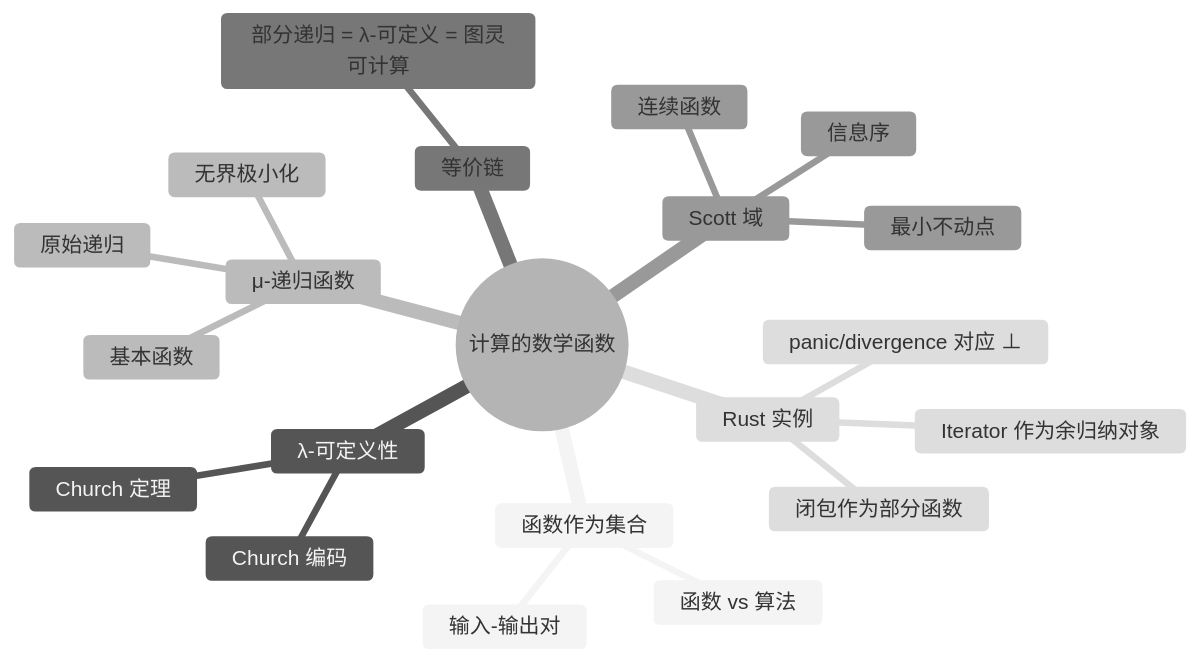
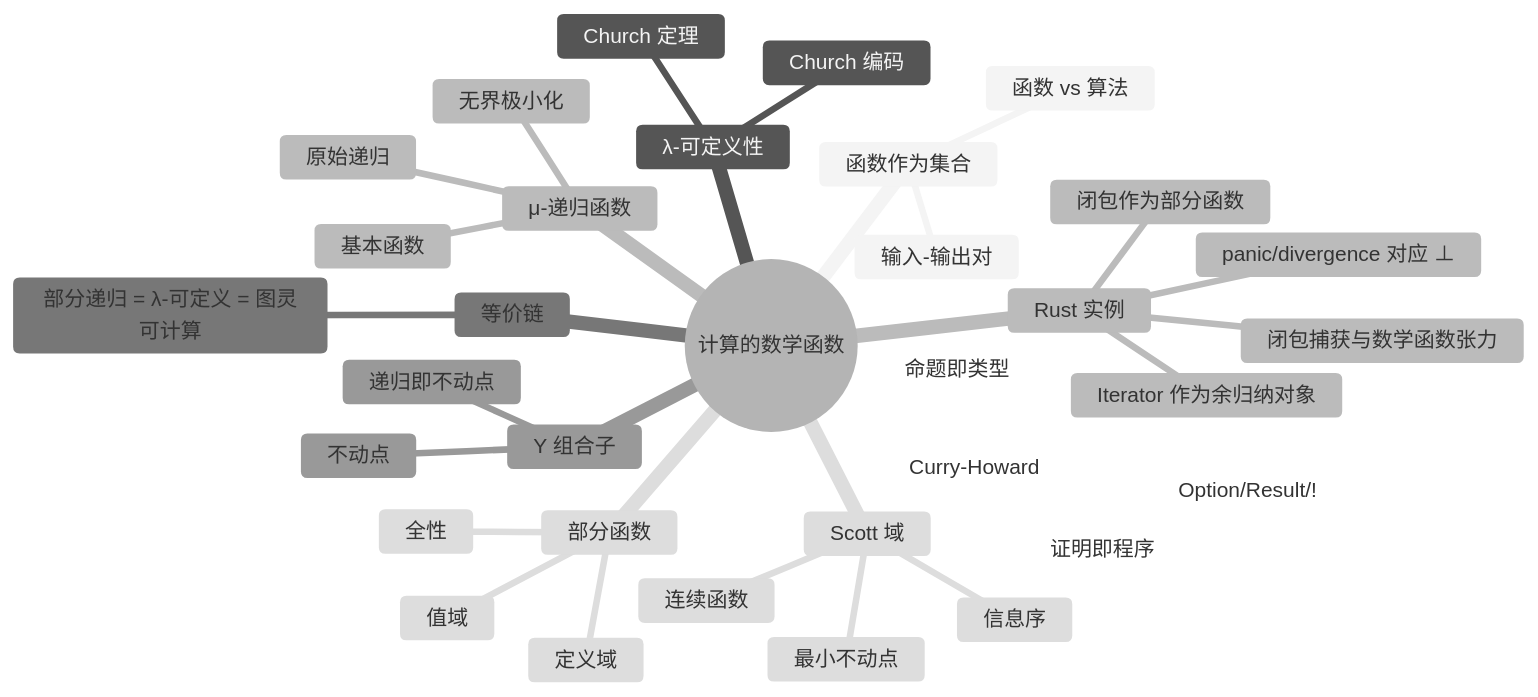
One commit to martin-ly/rust-lang changed the diagram in concept/04_formal/11_computational_models/04_mathematical_functions_of_computation.md. Above: the diagram before and after it, drawn with Mermaid (neutral theme). The commit also changed other lines of this file and 28 other files, not shown here.

````diff
--- a/concept/04_formal/11_computational_models/04_mathematical_functions_of_computation.md
+++ b/concept/04_formal/11_computational_models/04_mathematical_functions_of_computation.md
@@ -292,24 +479,36 @@
 ```mermaid
 mindmap
   root((计算的数学函数))
     函数作为集合
       输入-输出对
       函数 vs 算法
     λ-可定义性
       Church 定理
       Church 编码
     μ-递归函数
       基本函数
       原始递归
       无界极小化
     等价链
       部分递归 = λ-可定义 = 图灵可计算
+    Y 组合子
+      不动点
+      递归即不动点
+    部分函数
+      定义域
+      值域
+      全性
+    Curry-Howard
+      命题即类型
+      证明即程序
+      Option/Result/!
     Scott 域
       信息序
       连续函数
       最小不动点
     Rust 实例
       闭包作为部分函数
       panic/divergence 对应 ⊥
       Iterator 作为余归纳对象
+      闭包捕获与数学函数张力
 ```
````
